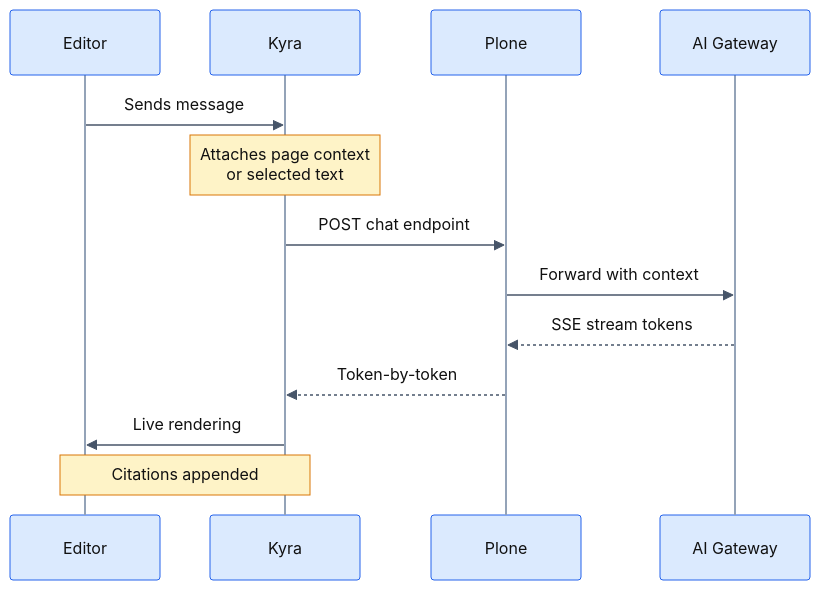
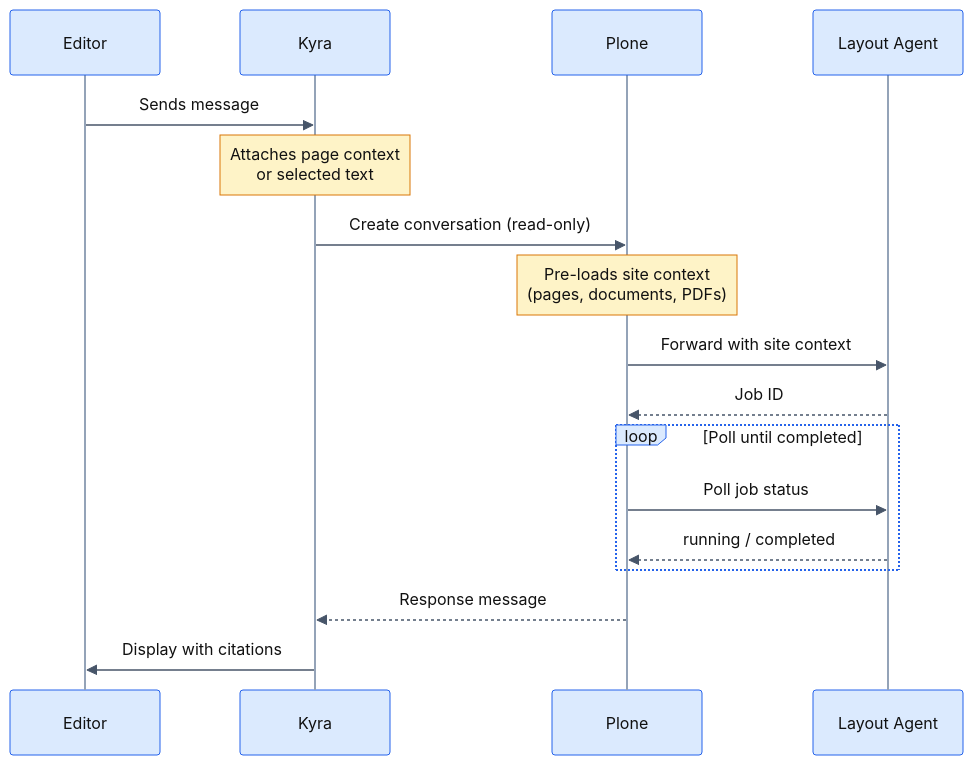
Before and after one commit to interaktivgmbh/volto-interaktiv-kyra: the third of 8 diagrams in README.md, drawn with Mermaid. The commit also changed other lines of this file, not shown here.

First line of the commit message:
Update README for AI chat improvements and version bump

````diff
--- a/README.md
+++ b/README.md
@@ -136,17 +136,21 @@
 ```mermaid
 %%{init: {'theme': 'base', 'themeVariables': {'primaryColor': '#dbeafe', 'primaryBorderColor': '#2563eb', 'primaryTextColor': '#111', 'lineColor': '#475569', 'signalColor': '#475569', 'signalTextColor': '#111', 'labelTextColor': '#111', 'actorBkg': '#dbeafe', 'actorTextColor': '#111', 'actorBorder': '#2563eb', 'actorLineColor': '#94a3b8', 'noteBkgColor': '#fef3c7', 'noteBorderColor': '#d97706', 'noteTextColor': '#111'}}}%%
 sequenceDiagram
     participant Editor
     participant Kyra
     participant Plone
-    participant AI as AI Gateway
+    participant Agent as Layout Agent
 
     Editor->>Kyra: Sends message
     Note over Kyra: Attaches page context<br/>or selected text
-    Kyra->>Plone: POST chat endpoint
-    Plone->>AI: Forward with context
-    AI-->>Plone: SSE stream tokens
-    Plone-->>Kyra: Token-by-token
-    Kyra->>Editor: Live rendering
-    Note over Kyra,Editor: Citations appended
+    Kyra->>Plone: Create conversation (read-only)
+    Note over Plone: Pre-loads site context<br/>(pages, documents, PDFs)
+    Plone->>Agent: Forward with site context
+    Agent-->>Plone: Job ID
+    loop Poll until completed
+        Plone->>Agent: Poll job status
+        Agent-->>Plone: running / completed
+    end
+    Plone-->>Kyra: Response message
+    Kyra->>Editor: Display with citations
 ```
````
